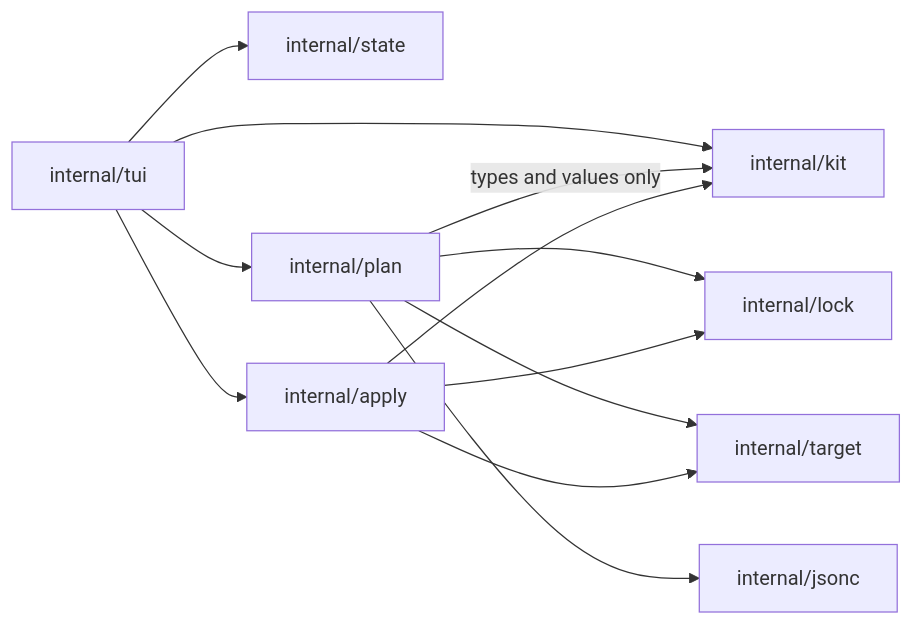
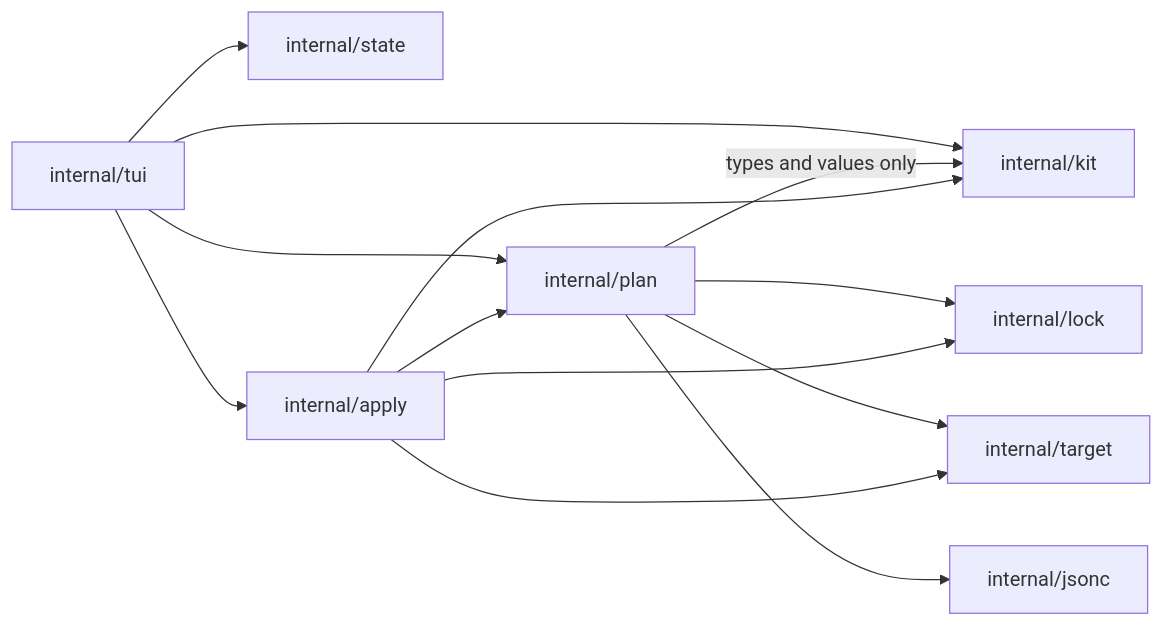
One commit to dpleshakov/penates changed the diagram in docs/architecture.md. Above: the diagram before and after it, drawn with Mermaid. The commit also changed other lines of this file and 12 other files, not shown here.

````diff
--- a/docs/architecture.md
+++ b/docs/architecture.md
@@ -63,14 +63,15 @@
 ```mermaid
 flowchart LR
     TUI["internal/tui"] --> KIT["internal/kit"]
     TUI --> ST["internal/state"]
     TUI --> PL["internal/plan"]
     TUI --> AP["internal/apply"]
     PL -- types and values only --> KIT
     PL --> LK["internal/lock"]
     PL --> TG["internal/target"]
     PL --> JC["internal/jsonc"]
+    AP --> PL
     AP --> LK
     AP --> TG
     AP --> KIT
 ```
````
